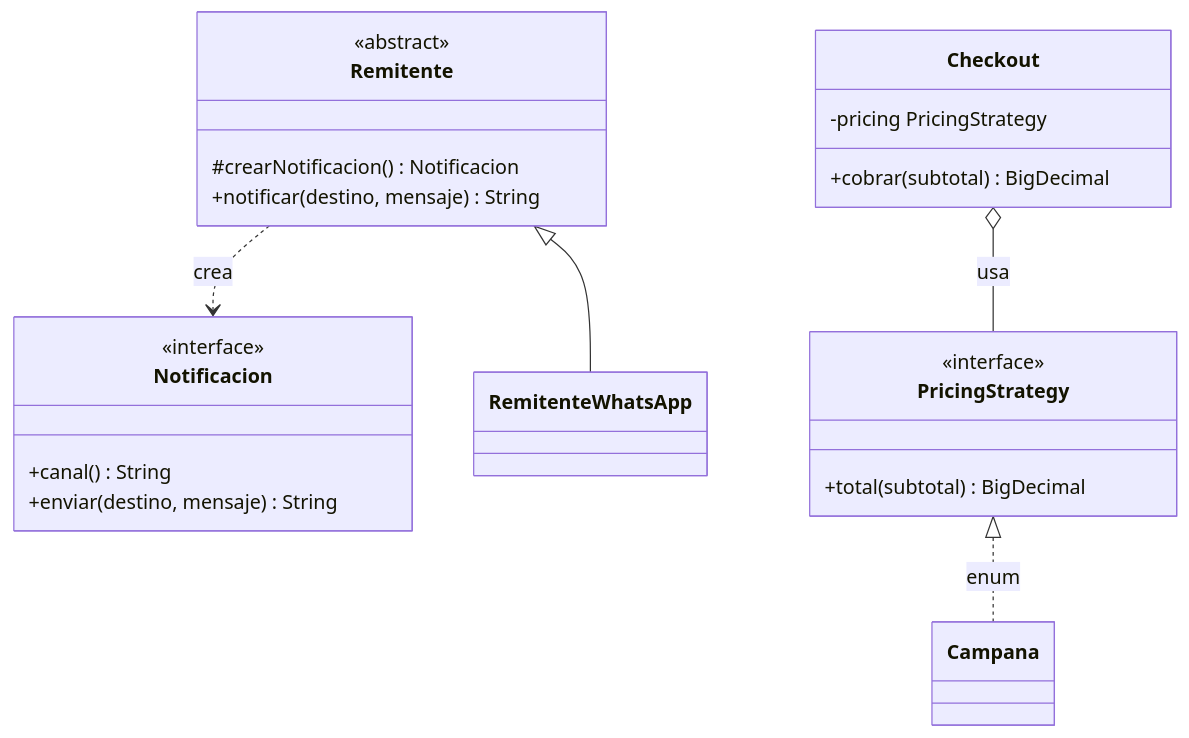
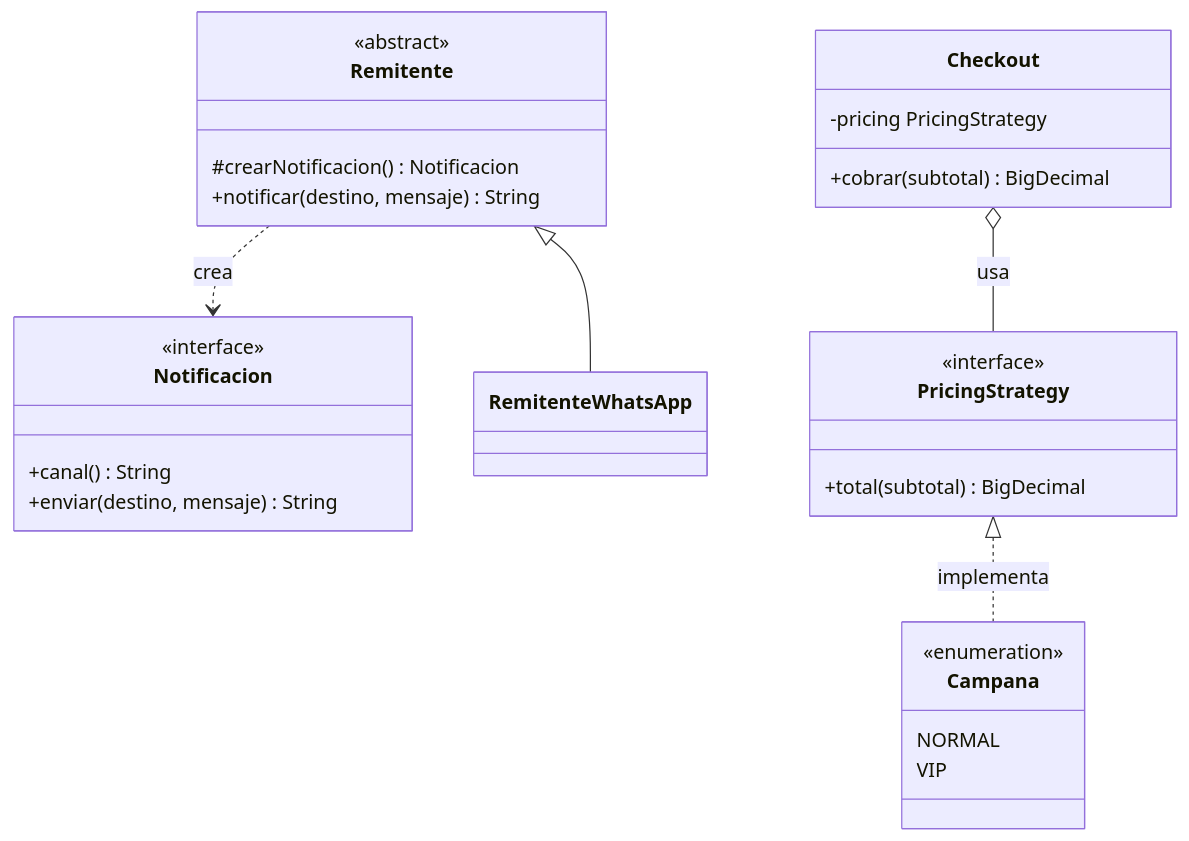
Before and after one commit to NICORUIZ93/The_Imperial_Book: the second of 6 diagrams in web/public/content/java/modulo-12.md, drawn with Mermaid. The commit also changed other lines of this file and 65 other files, not shown here.

````diff
--- a/web/public/content/java/modulo-12.md
+++ b/web/public/content/java/modulo-12.md
@@ -671,26 +808,31 @@
 ```mermaid
 classDiagram
     class Notificacion {
       <<interface>>
       +canal() String
       +enviar(destino, mensaje) String
     }
     class Remitente {
       <<abstract>>
       #crearNotificacion() Notificacion
       +notificar(destino, mensaje) String
     }
     class RemitenteWhatsApp
     class PricingStrategy {
       <<interface>>
       +total(subtotal) BigDecimal
     }
+    class Campana {
+      <<enumeration>>
+      NORMAL
+      VIP
+    }
     class Checkout {
       -pricing PricingStrategy
       +cobrar(subtotal) BigDecimal
     }
     Remitente <|-- RemitenteWhatsApp
     Remitente ..> Notificacion : crea
     Checkout o-- PricingStrategy : usa
-    PricingStrategy <|.. Campana : enum
+    PricingStrategy <|.. Campana : implementa
 ```
````
